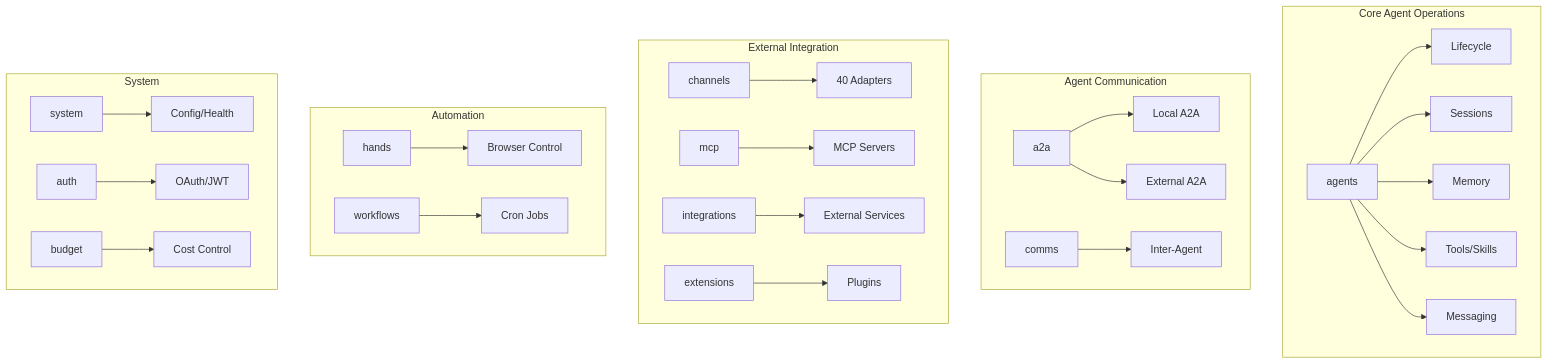
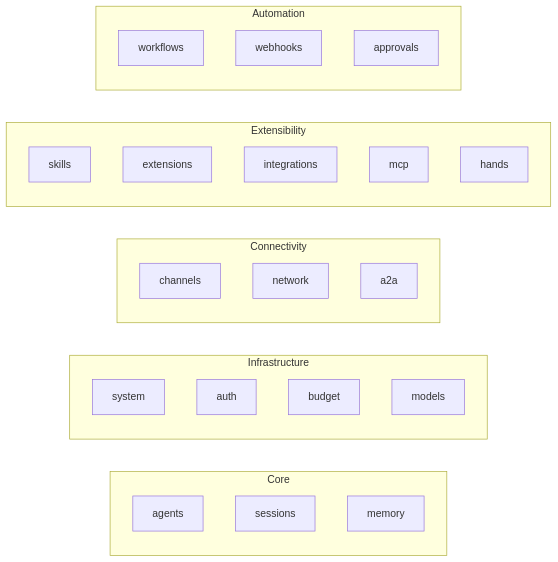
One commit to leszek3737/librefang-WIki changed the diagram in api-server-openapi-json.md. Above: the diagram before and after it, drawn with Mermaid. The commit also changed other lines of this file and 56 other files, not shown here.

````diff
--- a/api-server-openapi-json.md
+++ b/api-server-openapi-json.md
@@ -17,34 +25,31 @@
 ```mermaid
-graph TB
-    subgraph "Core Agent Operations"
-        A[agents] --> A1[Lifecycle]
-        A --> A2[Sessions]
-        A --> A3[Memory]
-        A --> A4[Tools/Skills]
-        A --> A5[Messaging]
+graph LR
+    subgraph Core
+        A[agents]
+        B[sessions]
+        C[memory]
     end
-    
-    subgraph "Agent Communication"
-        B[a2a] --> B1[Local A2A]
-        B --> B2[External A2A]
-        C[comms] --> C1[Inter-Agent]
+    subgraph Infrastructure
+        D[system]
+        E[auth]
+        F[budget]
+        G[models]
     end
-    
-    subgraph "External Integration"
-        D[channels] --> D1[40 Adapters]
-        E[mcp] --> E1[MCP Servers]
-        F[integrations] --> F1[External Services]
-        G[extensions] --> G1[Plugins]
+    subgraph Connectivity
+        H[channels]
+        I[network]
+        J[a2a]
     end
-    
-    subgraph "Automation"
-        H[hands] --> H1[Browser Control]
-        I[workflows] --> I1[Cron Jobs]
+    subgraph Extensibility
+        K[skills]
+        L[extensions]
+        M[integrations]
+        N[mcp]
+        O[hands]
     end
-    
-    subgraph "System"
-        J[system] --> J1[Config/Health]
-        K[auth] --> K1[OAuth/JWT]
-        L[budget] --> L1[Cost Control]
+    subgraph Automation
+        P[workflows]
+        Q[webhooks]
+        R[approvals]
     end
 ```
````
